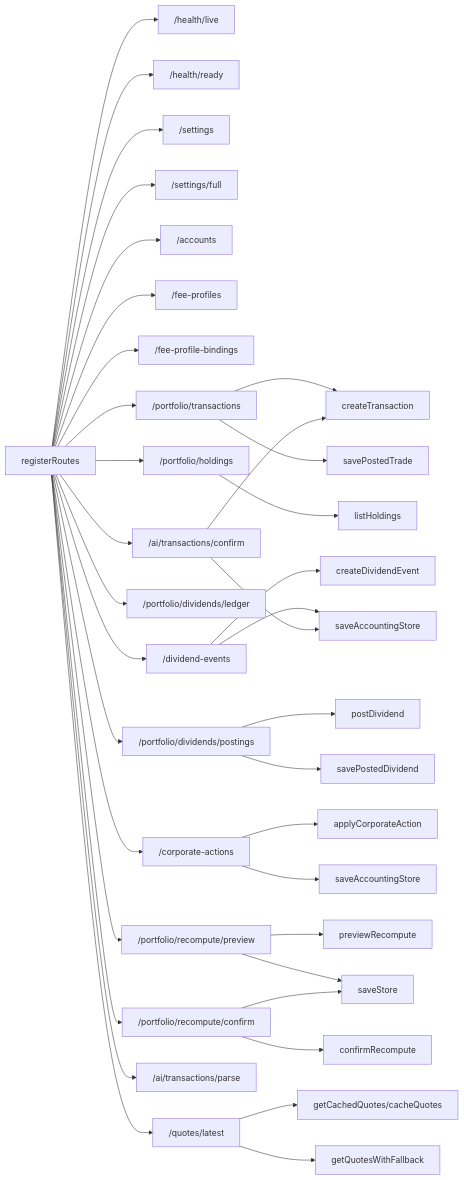
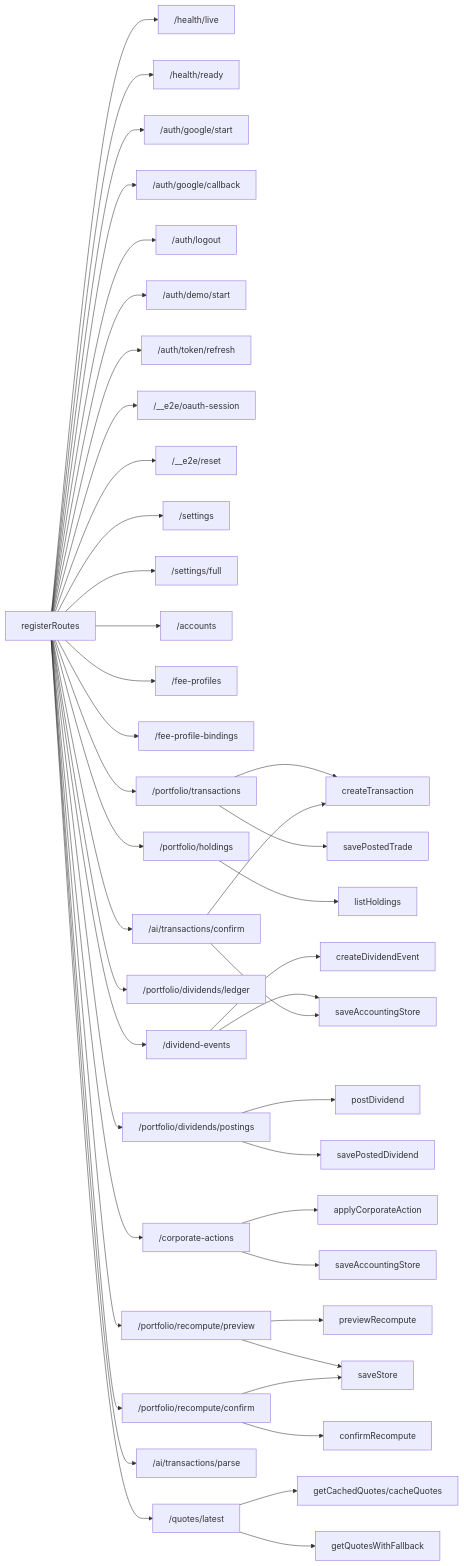
The third of 5 diagrams in docs/backend-db-api-architecture-dossier.md (kzokv/tw-portfolio), drawn with Mermaid before and after one commit. The commit also changed other lines of this file and 8 other files, not shown here.

````diff
--- a/docs/backend-db-api-architecture-dossier.md
+++ b/docs/backend-db-api-architecture-dossier.md
@@ -884,39 +919,46 @@
 ```mermaid
 flowchart LR
   R["registerRoutes"] --> H1["/health/live"]
   R --> H2["/health/ready"]
+  R --> AUTH1["/auth/google/start"]
+  R --> AUTH2["/auth/google/callback"]
+  R --> AUTH3["/auth/logout"]
+  R --> AUTH4["/auth/demo/start"]
+  R --> AUTH5["/auth/token/refresh"]
+  R --> E2E1["/__e2e/oauth-session"]
+  R --> E2E2["/__e2e/reset"]
   R --> S1["/settings"]
   R --> S2["/settings/full"]
   R --> A1["/accounts"]
   R --> F1["/fee-profiles"]
   R --> F2["/fee-profile-bindings"]
   R --> P1["/portfolio/transactions"]
   R --> P2["/portfolio/holdings"]
   R --> D1["/dividend-events"]
   R --> D2["/portfolio/dividends/ledger"]
   R --> D3["/portfolio/dividends/postings"]
   R --> C1["/corporate-actions"]
   R --> R1["/portfolio/recompute/preview"]
   R --> R2["/portfolio/recompute/confirm"]
   R --> Q1["/quotes/latest"]
   R --> AI1["/ai/transactions/parse"]
   R --> AI2["/ai/transactions/confirm"]
 
   P1 --> SV1["createTransaction"]
   P1 --> PR1["savePostedTrade"]
   P2 --> SV2["listHoldings"]
   D1 --> SV3["createDividendEvent"]
   D1 --> PR2["saveAccountingStore"]
   D3 --> SV4["postDividend"]
   D3 --> PR3["savePostedDividend"]
   C1 --> SV5["applyCorporateAction"]
   C1 --> PR4["saveAccountingStore"]
   R1 --> SV6["previewRecompute"]
   R1 --> PR5["saveStore"]
   R2 --> SV7["confirmRecompute"]
   R2 --> PR5
   Q1 --> PR6["getCachedQuotes/cacheQuotes"]
   Q1 --> EX1["getQuotesWithFallback"]
   AI2 --> SV1
   AI2 --> PR2
 ```
````
